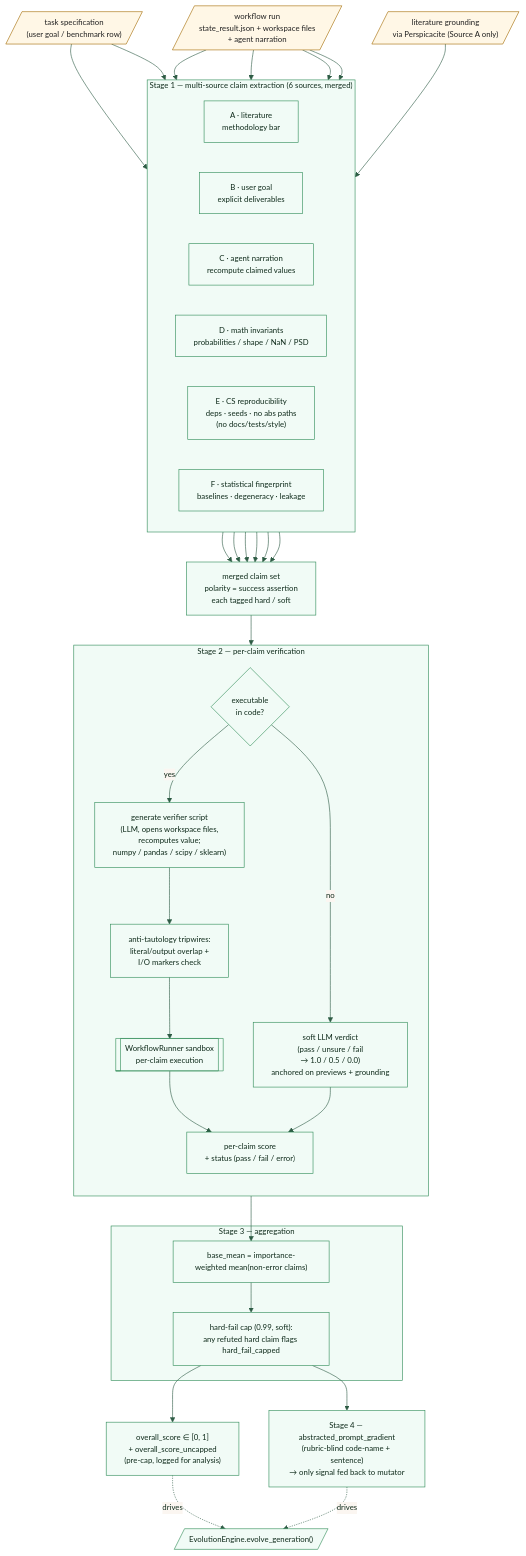
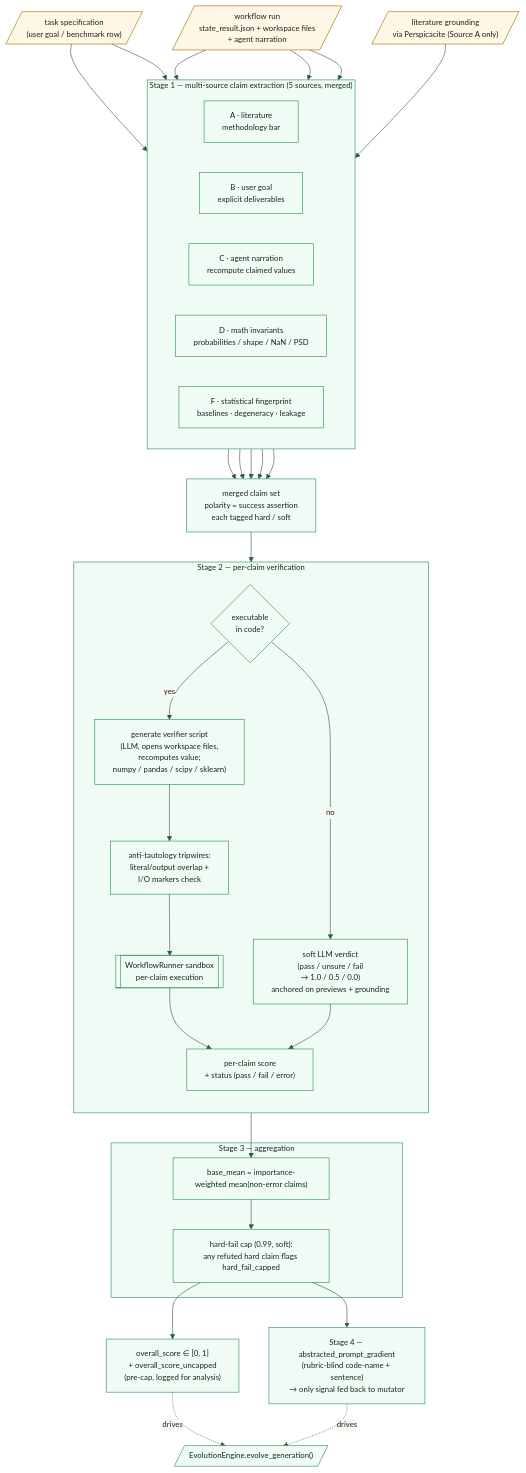
Before and after one commit to HolobiomicsLab/Mimosa-AI: the diagram in docs/diagrams/verifiers_judge.mermaid, drawn with Mermaid. The commit also changed 14 other files, not shown here.

```diff
--- a/docs/diagrams/verifiers_judge.mermaid
+++ b/docs/diagrams/verifiers_judge.mermaid
@@ -1,78 +1,75 @@
 %%{init: {"theme": "base", "themeVariables": {
   "primaryColor": "#F1FBF6",
   "primaryBorderColor": "#2E8B57",
   "primaryTextColor": "#0E2A1A",
   "lineColor": "#2E5C45",
   "fontSize": "13px"
 }} }%%
 flowchart TB
     %% ===== inputs =====
     Run[/"workflow run<br/>state_result.json + workspace files<br/>+ agent narration"/]
     TaskSpec[/"task specification<br/>(user goal / benchmark row)"/]
     Lit[/"literature grounding<br/>via Perspicacite (Source A only)"/]
 
     %% ===== Stage 1: multi-source claim extraction =====
-    subgraph Extract["Stage 1 — multi-source claim extraction (6 sources, merged)"]
+    subgraph Extract["Stage 1 — multi-source claim extraction (5 sources, merged)"]
         direction LR
         SA["A · literature<br/>methodology bar"]
         SB["B · user goal<br/>explicit deliverables"]
         SC["C · agent narration<br/>recompute claimed values"]
         SD["D · math invariants<br/>probabilities / shape / NaN / PSD"]
-        SE["E · CS reproducibility<br/>deps · seeds · no abs paths<br/>(no docs/tests/style)"]
         SF["F · statistical fingerprint<br/>baselines · degeneracy · leakage"]
     end
     TaskSpec --> SA
     TaskSpec --> SB
     Run --> SC
     Run --> SD
-    Run --> SE
     Run --> SF
     Lit --> SA
 
     Claims["merged claim set<br/>polarity = success assertion<br/>each tagged hard / soft"]
     SA --> Claims
     SB --> Claims
     SC --> Claims
     SD --> Claims
-    SE --> Claims
     SF --> Claims
 
     %% ===== Stage 2: per-claim verification =====
     subgraph Pipeline["Stage 2 — per-claim verification"]
         direction TB
         Classify{"executable<br/>in code?"}
         GenScript["generate verifier script<br/>(LLM, opens workspace files,<br/>recomputes value;<br/>numpy / pandas / scipy / sklearn)"]
         AntiTaut["anti-tautology tripwires:<br/>literal/output overlap +<br/>I/O markers check"]
         Sandbox[["WorkflowRunner sandbox<br/>per-claim execution"]]
         Soft["soft LLM verdict<br/>(pass / unsure / fail<br/>→ 1.0 / 0.5 / 0.0)<br/>anchored on previews + grounding"]
         ScoreClaim["per-claim score<br/>+ status (pass / fail / error)"]
     end
 
     Claims --> Classify
     Classify -- yes --> GenScript
     GenScript --> AntiTaut
     AntiTaut --> Sandbox
     Sandbox --> ScoreClaim
     Classify -- no --> Soft
     Soft --> ScoreClaim
 
     %% ===== Stage 3: aggregation =====
     subgraph Aggregate["Stage 3 — aggregation"]
         Mean["base_mean = importance-weighted mean(non-error claims)"]
         Cap["hard-fail cap (0.99, soft):<br/>any refuted hard claim flags hard_fail_capped"]
     end
 
     ScoreClaim --> Mean
     Mean --> Cap
 
     %% ===== Stage 4: abstracted prompt gradient =====
     Cap --> Overall["overall_score ∈ [0, 1]<br/>+ overall_score_uncapped<br/>(pre-cap, logged for analysis)"]
     Cap --> Diag["Stage 4 — abstracted_prompt_gradient<br/>(rubric-blind code-name + sentence)<br/>→ only signal fed back to mutator"]
     Overall -. drives .-> Loop[/"EvolutionEngine.evolve_generation()"/]
     Diag -. drives .-> Loop
 
     %% ===== styling =====
     classDef stage fill:#F1FBF6,stroke:#2E8B57,stroke-width:1px,color:#0E2A1A;
     classDef external fill:#FFF7E6,stroke:#A36A00,color:#202020;
     class Extract,Pipeline,Aggregate stage;
     class Run,TaskSpec,Lit external;
```
